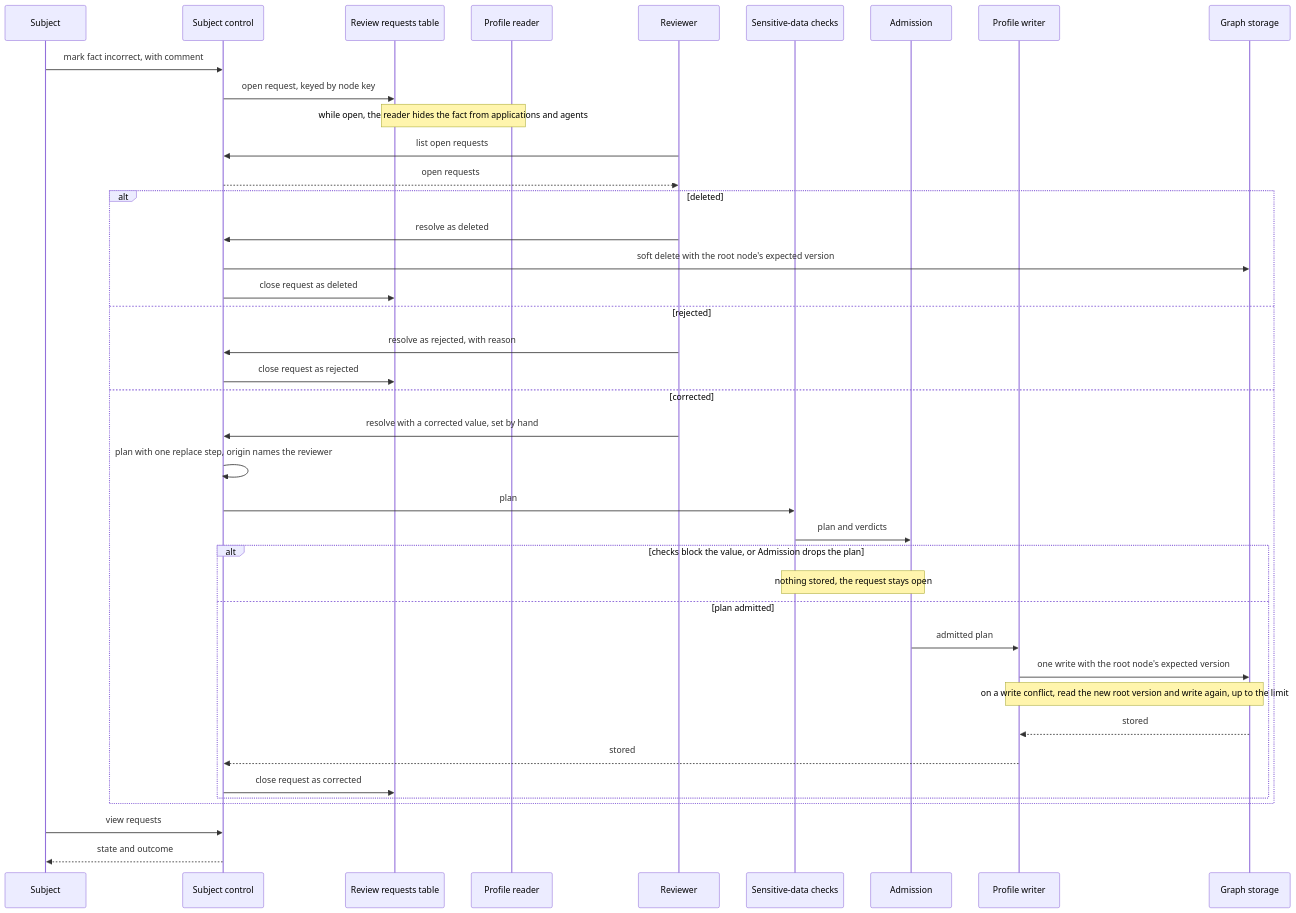
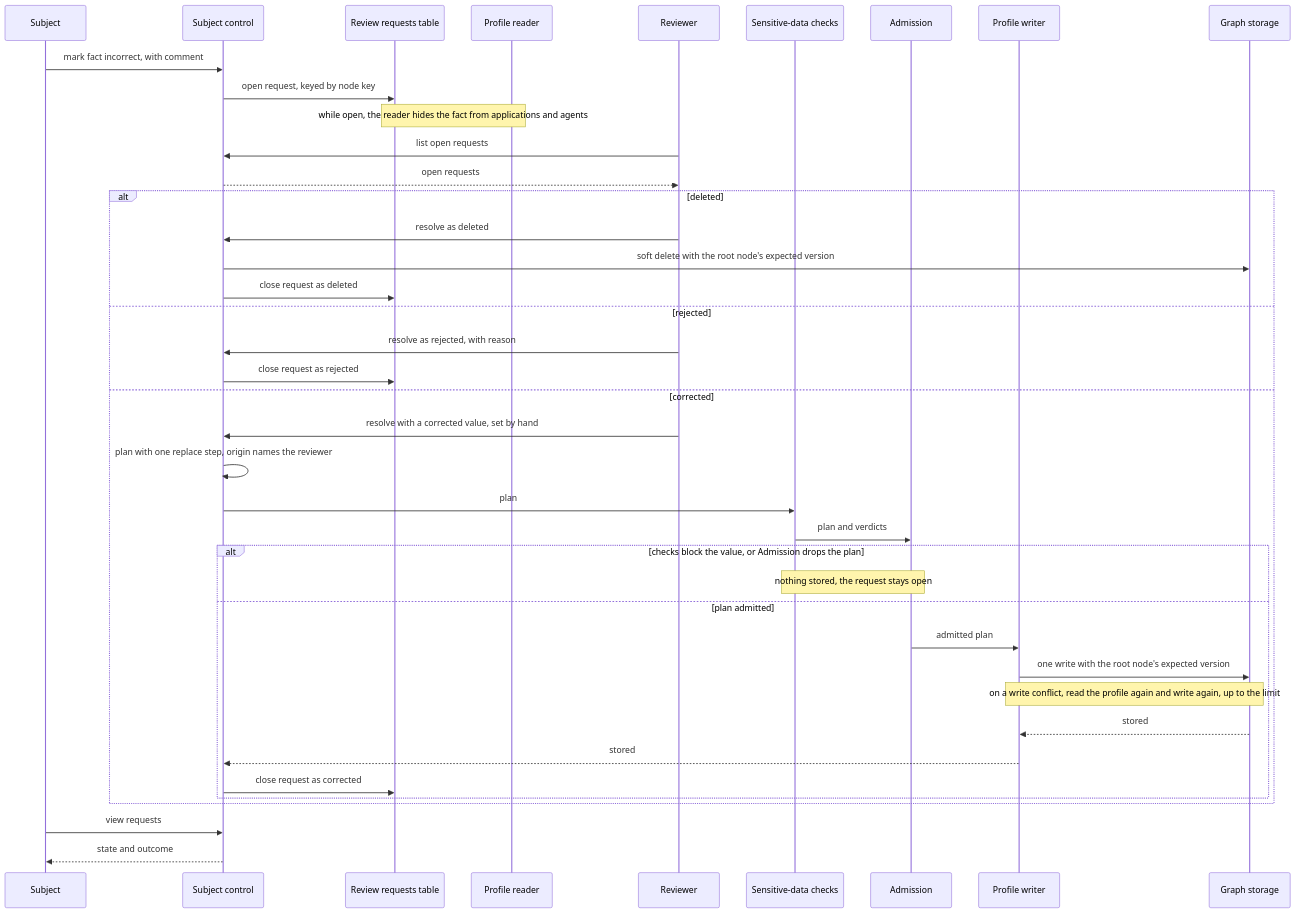
Before and after one commit to AndIConstructor/gears-rust: the seventh of 9 diagrams in gears/construct/docs/DESIGN.md, drawn with Mermaid. The commit also changed other lines of this file and 1 other file, not shown here.

````diff
--- a/gears/construct/docs/DESIGN.md
+++ b/gears/construct/docs/DESIGN.md
@@ -864,42 +866,42 @@
 ```mermaid
 sequenceDiagram
     participant SU as Subject
     participant SC as Subject control
     participant T as Review requests table
     participant PR as Profile reader
     participant RV as Reviewer
     participant SD as Sensitive-data checks
     participant AD as Admission
     participant PW as Profile writer
     participant GS as Graph storage
     SU->>SC: mark fact incorrect, with comment
     SC->>T: open request, keyed by node key
     Note over PR,T: while open, the reader hides the fact from applications and agents
     RV->>SC: list open requests
     SC-->>RV: open requests
     alt deleted
         RV->>SC: resolve as deleted
         SC->>GS: soft delete with the root node's expected version
         SC->>T: close request as deleted
     else rejected
         RV->>SC: resolve as rejected, with reason
         SC->>T: close request as rejected
     else corrected
         RV->>SC: resolve with a corrected value, set by hand
         SC->>SC: plan with one replace step, origin names the reviewer
         SC->>SD: plan
         SD->>AD: plan and verdicts
         alt checks block the value, or Admission drops the plan
             Note over SD,AD: nothing stored, the request stays open
         else plan admitted
             AD->>PW: admitted plan
             PW->>GS: one write with the root node's expected version
-            Note over PW,GS: on a write conflict, read the new root version and write again, up to the limit
+            Note over PW,GS: on a write conflict, read the profile again and write again, up to the limit
             GS-->>PW: stored
             PW-->>SC: stored
             SC->>T: close request as corrected
         end
     end
     SU->>SC: view requests
     SC-->>SU: state and outcome
 ```
````
